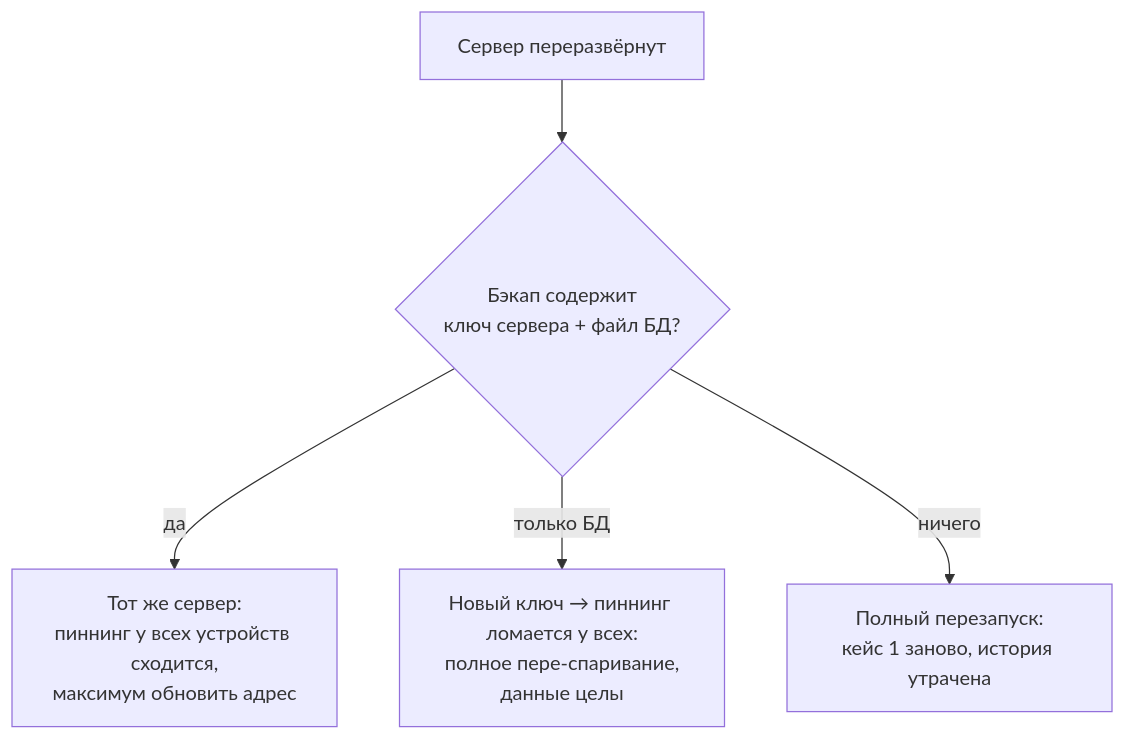
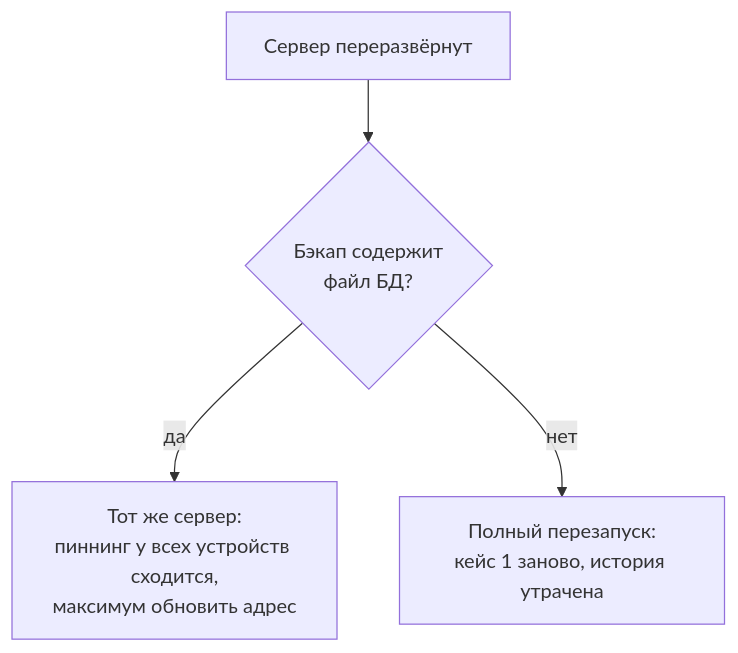
Before and after one commit to cyphernet-labs/nox-app: the sixth of 6 diagrams in docs/client-backend/architecture/authentication.md, drawn with Mermaid. The commit also changed other lines of this file and 16 other files, not shown here.

````diff
--- a/docs/client-backend/architecture/authentication.md
+++ b/docs/client-backend/architecture/authentication.md
@@ -181,7 +181,6 @@
 ```mermaid
 flowchart TB
-  A["Сервер переразвёрнут"] --> B{"Бэкап содержит<br/>ключ сервера + файл БД?"}
+  A["Сервер переразвёрнут"] --> B{"Бэкап содержит<br/>файл БД?"}
   B -->|"да"| C["Тот же сервер:<br/>пиннинг у всех устройств сходится,<br/>максимум обновить адрес"]
-  B -->|"только БД"| D["Новый ключ → пиннинг ломается у всех:<br/>полное пере-спаривание,<br/>данные целы"]
-  B -->|"ничего"| E["Полный перезапуск:<br/>кейс 1 заново, история утрачена"]
+  B -->|"нет"| E["Полный перезапуск:<br/>кейс 1 заново, история утрачена"]
 ```
````
